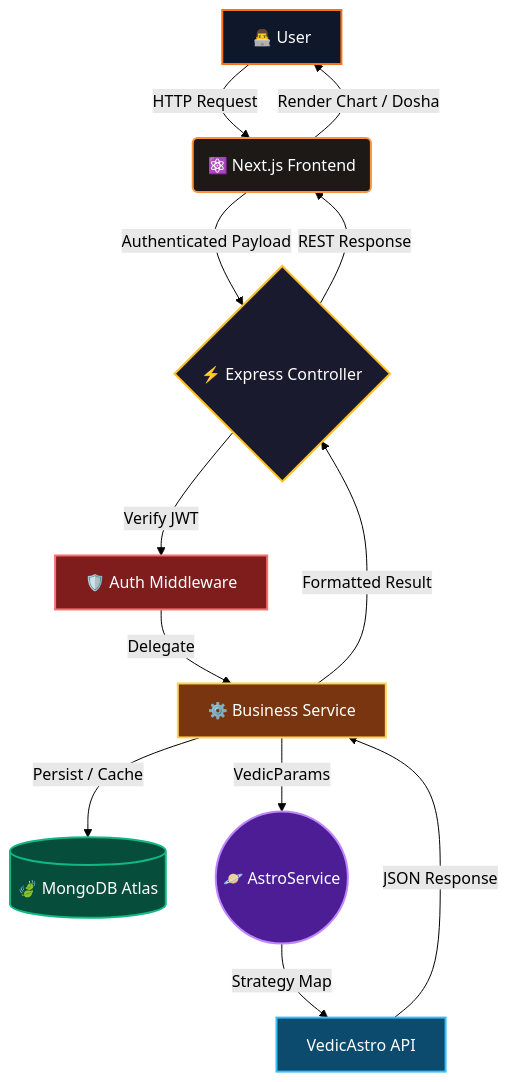
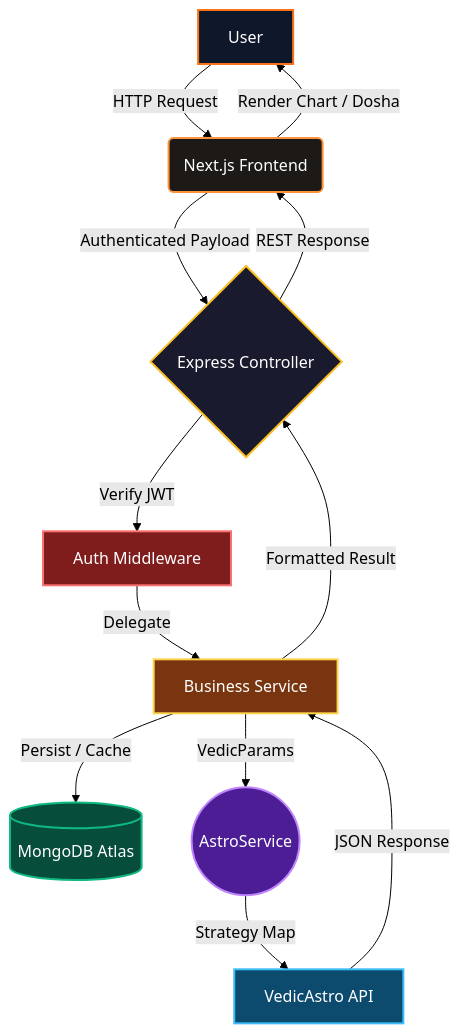
Before and after one commit to hrishidongre/SDSE-Project: the first of 2 diagrams in README.md, drawn with Mermaid (forest theme). The commit also changed other lines of this file, not shown here.

````diff
--- a/README.md
+++ b/README.md
@@ -65,27 +65,27 @@
 ```mermaid
 graph TD
-    A[👨‍💻 User] -->|HTTP Request| B(⚛️ Next.js Frontend)
-    B -->|Authenticated Payload| C{⚡ Express Controller}
+    A[User] -->|HTTP Request| B(Next.js Frontend)
+    B -->|Authenticated Payload| C{Express Controller}
 
-    C -->|Verify JWT| F[🛡️ Auth Middleware]
-    F -->|Delegate| S[⚙️ Business Service]
+    C -->|Verify JWT| F[Auth Middleware]
+    F -->|Delegate| S[Business Service]
 
-    S -->|Persist / Cache| D[(🍃 MongoDB Atlas)]
-    S -->|VedicParams| E((🪐 AstroService))
+    S -->|Persist / Cache| D[(MongoDB Atlas)]
+    S -->|VedicParams| E((AstroService))
 
     E -->|Strategy Map| G[VedicAstro API]
     G -->|JSON Response| S
 
     S -->|Formatted Result| C
     C -->|REST Response| B
     B -->|Render Chart / Dosha| A
 
     style A fill:#0f172a,stroke:#f97316,stroke-width:2px,color:#fff
     style B fill:#1c1917,stroke:#fb923c,stroke-width:2px,color:#fff
     style C fill:#1a1a2e,stroke:#fbbf24,stroke-width:2px,color:#fff
     style D fill:#064e3b,stroke:#10b981,stroke-width:2px,color:#fff
     style E fill:#4c1d95,stroke:#c084fc,stroke-width:2px,color:#fff
     style F fill:#7f1d1d,stroke:#f87171,stroke-width:2px,color:#fff
     style S fill:#78350f,stroke:#fcd34d,stroke-width:2px,color:#fff
     style G fill:#0c4a6e,stroke:#38bdf8,stroke-width:2px,color:#fff
 ```
````
